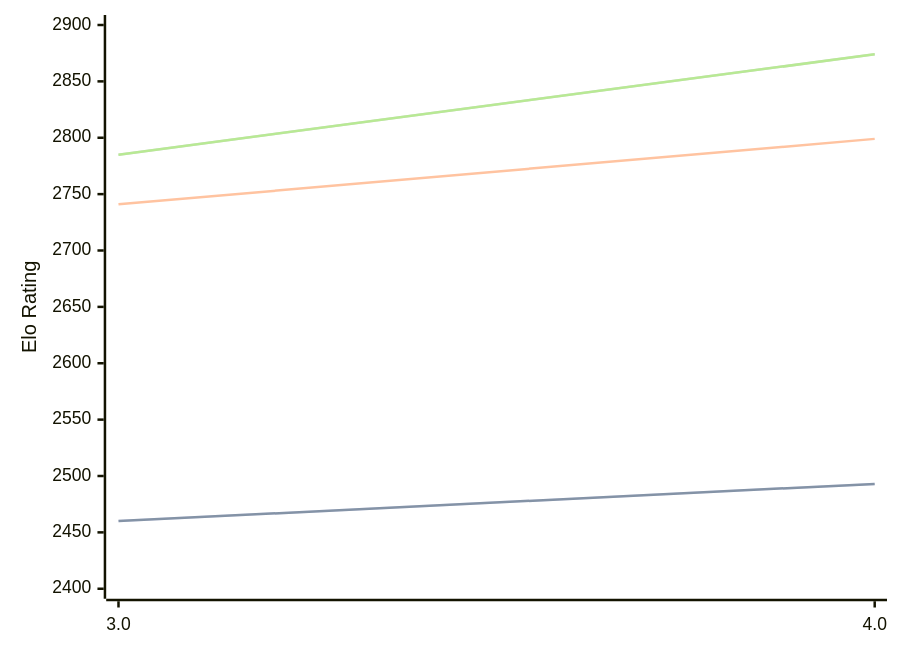
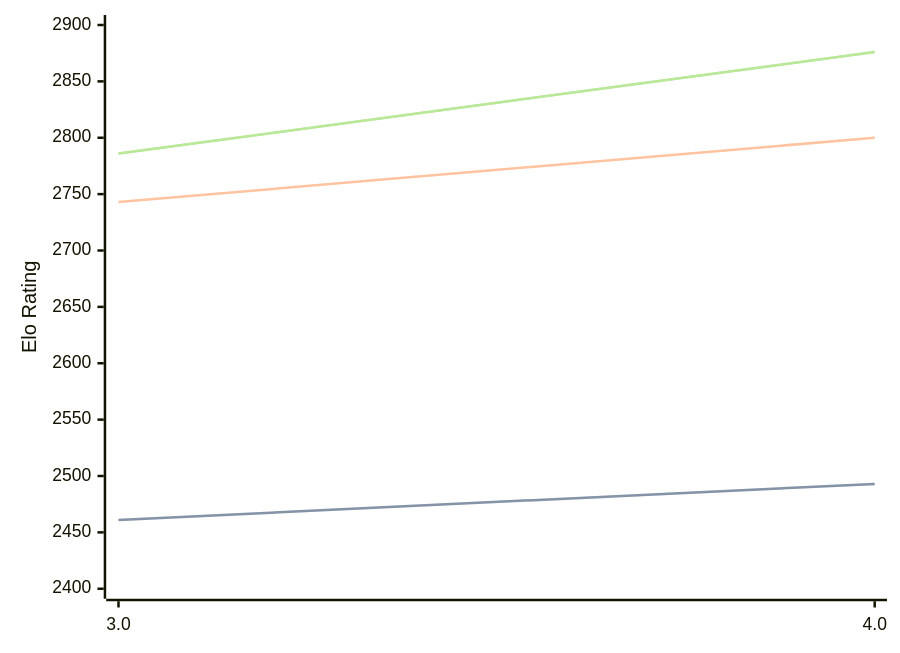
The diagram in engines/Chess3.md (computer-chess-index/cci), drawn with Mermaid before and after one commit. The commit also changed other lines of this file, not shown here.

Commit message:
Update CCI Ratings (ELO VLTC) - 2026-06-11

````diff
--- a/engines/Chess3.md
+++ b/engines/Chess3.md
@@ -34,11 +34,11 @@
 ```mermaid
 %%{init: {"theme":"base","themeVariables":{"seriesColors:['#a3a3a3','#222221','#faa371']}}}%%
 xychart-beta
   x-axis ["3.0", "4.0"]
   y-axis "Elo Rating" 2400 --> 2900
-  line "STC (8.0+0.08s)" [2460, 2493]
-  line "STC (8.0+0.08s)" [2460, 2493]
-  line "LTC (60.0+0.60s)" [2741, 2799]
-  line "VLTC (2m24s+1.12s)" [2785, 2874]
-  line "VLTC (2m24s+1.12s)" [2785, 2874]
+  line "STC (8.0+0.08s)" [2461, 2493]
+  line "STC (8.0+0.08s)" [2461, 2493]
+  line "LTC (60.0+0.60s)" [2743, 2800]
+  line "VLTC (2m24s+1.12s)" [2786, 2876]
+  line "VLTC (2m24s+1.12s)" [2786, 2876]
 ```
````
